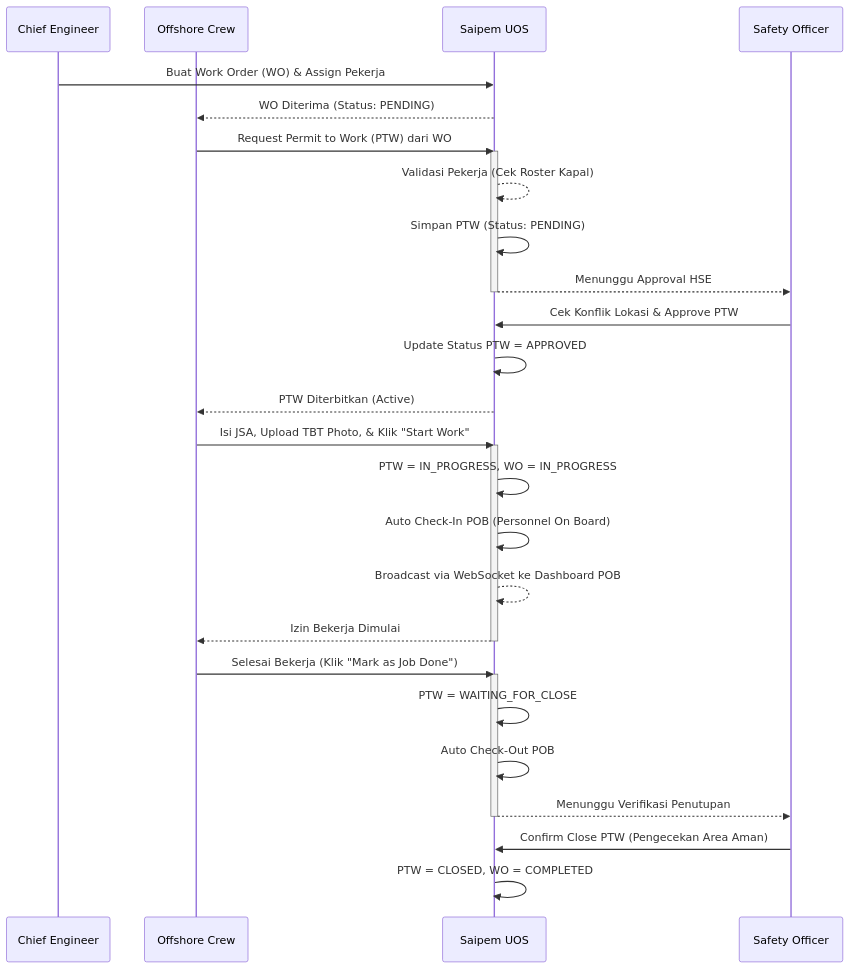
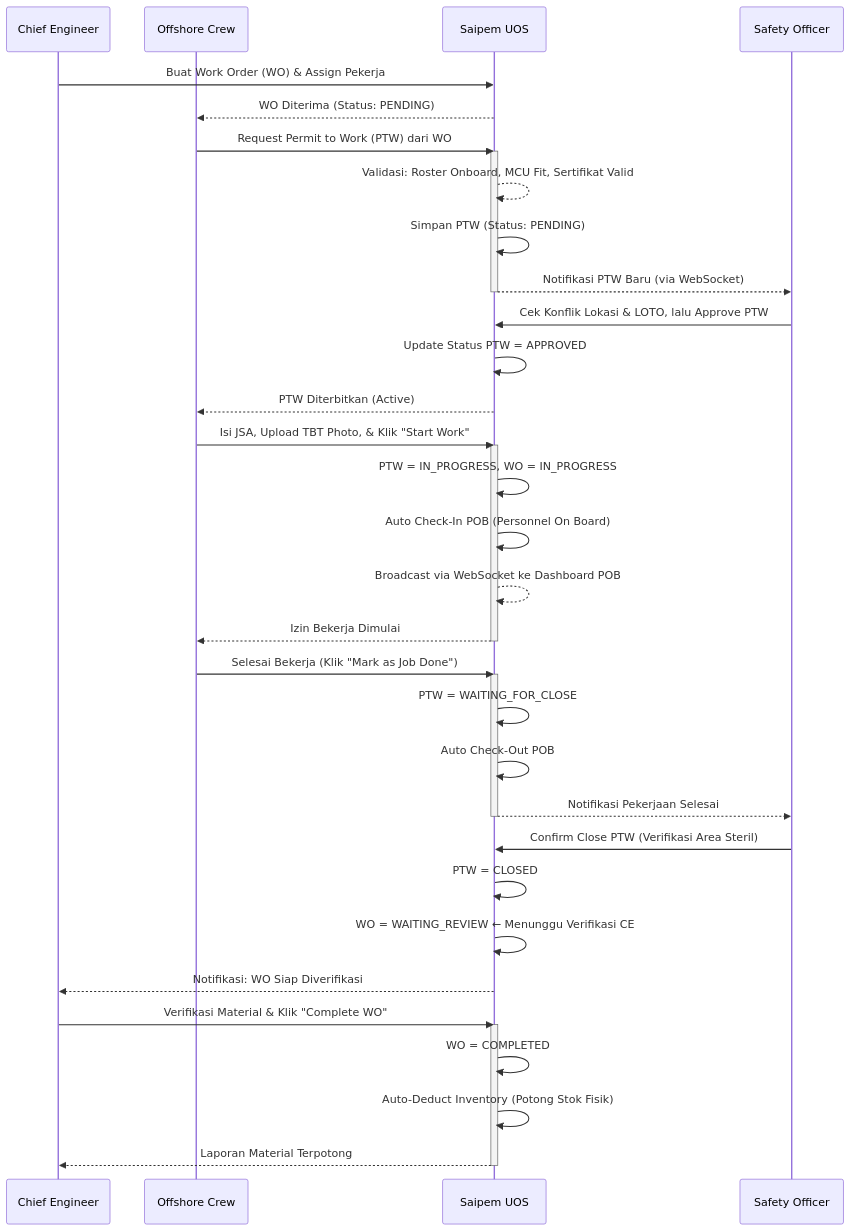
The second of 4 diagrams in README.md (DiegoSavio1027/saipem), drawn with Mermaid before and after one commit. The commit also changed other lines of this file and 2 other files, not shown here.

Commit message:
refactor: decouple inventory deduction from PTW closure by introducing a Chief Engineer WO verification step

````diff
--- a/README.md
+++ b/README.md
@@ -110,39 +110,48 @@
 ```mermaid
 sequenceDiagram
     participant Eng as Chief Engineer
     participant Worker as Offshore Crew
     participant System as Saipem UOS
     participant HSE as Safety Officer
     
     Eng->>System: Buat Work Order (WO) & Assign Pekerja
     System-->>Worker: WO Diterima (Status: PENDING)
     
     Worker->>System: Request Permit to Work (PTW) dari WO
     activate System
-    System-->>System: Validasi Pekerja (Cek Roster Kapal)
+    System-->>System: Validasi: Roster Onboard, MCU Fit, Sertifikat Valid
     System->>System: Simpan PTW (Status: PENDING)
-    System-->>HSE: Menunggu Approval HSE
+    System-->>HSE: Notifikasi PTW Baru (via WebSocket)
     deactivate System
     
-    HSE->>System: Cek Konflik Lokasi & Approve PTW
+    HSE->>System: Cek Konflik Lokasi & LOTO, lalu Approve PTW
     System->>System: Update Status PTW = APPROVED
     System-->>Worker: PTW Diterbitkan (Active)
     
     Worker->>System: Isi JSA, Upload TBT Photo, & Klik "Start Work"
     activate System
     System->>System: PTW = IN_PROGRESS, WO = IN_PROGRESS
     System->>System: Auto Check-In POB (Personnel On Board)
     System-->>System: Broadcast via WebSocket ke Dashboard POB
     System-->>Worker: Izin Bekerja Dimulai
     deactivate System
     
     Worker->>System: Selesai Bekerja (Klik "Mark as Job Done")
     activate System
     System->>System: PTW = WAITING_FOR_CLOSE
     System->>System: Auto Check-Out POB
-    System-->>HSE: Menunggu Verifikasi Penutupan
+    System-->>HSE: Notifikasi Pekerjaan Selesai
     deactivate System
     
-    HSE->>System: Confirm Close PTW (Pengecekan Area Aman)
-    System->>System: PTW = CLOSED, WO = COMPLETED
+    HSE->>System: Confirm Close PTW (Verifikasi Area Steril)
+    System->>System: PTW = CLOSED
+    System->>System: WO = WAITING_REVIEW ← Menunggu Verifikasi CE
+    System-->>Eng: Notifikasi: WO Siap Diverifikasi
+    
+    Eng->>System: Verifikasi Material & Klik "Complete WO"
+    activate System
+    System->>System: WO = COMPLETED
+    System->>System: Auto-Deduct Inventory (Potong Stok Fisik)
+    System-->>Eng: Laporan Material Terpotong
+    deactivate System
 ```
````
